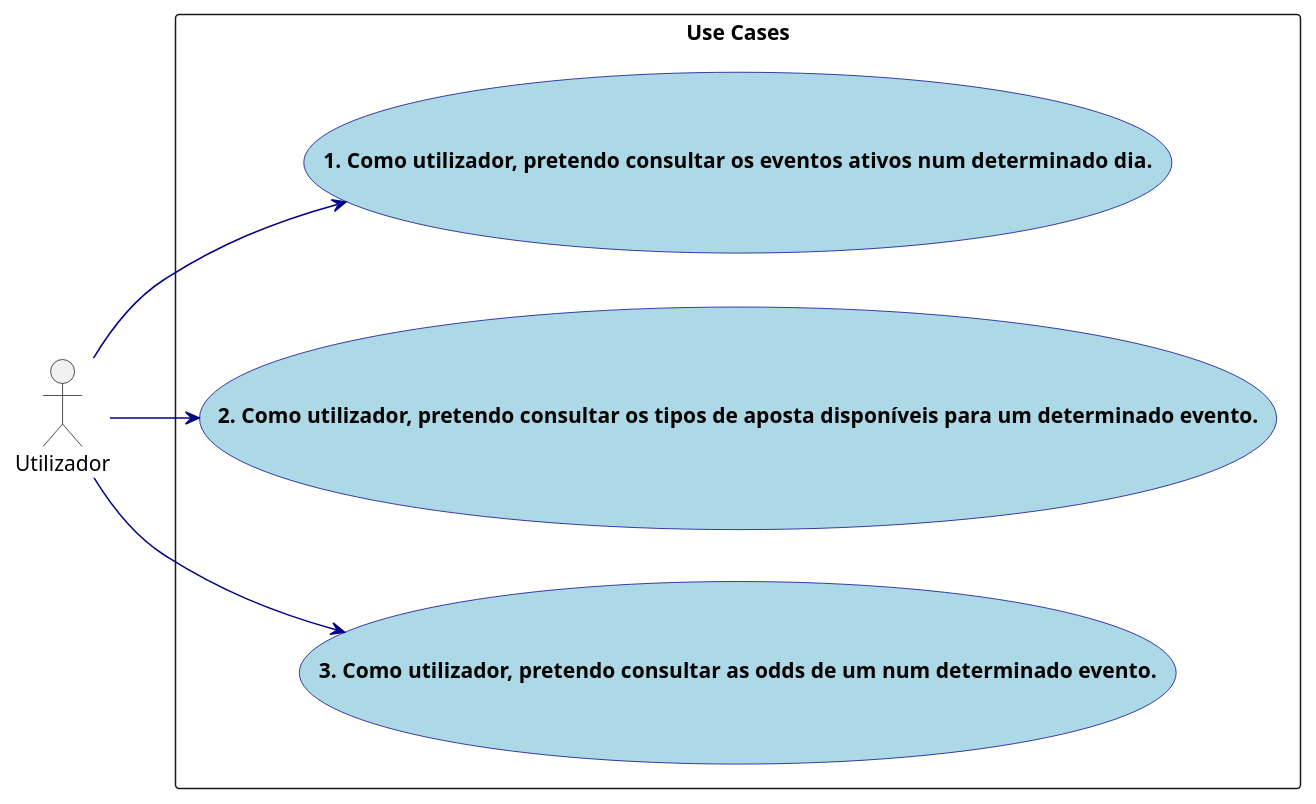
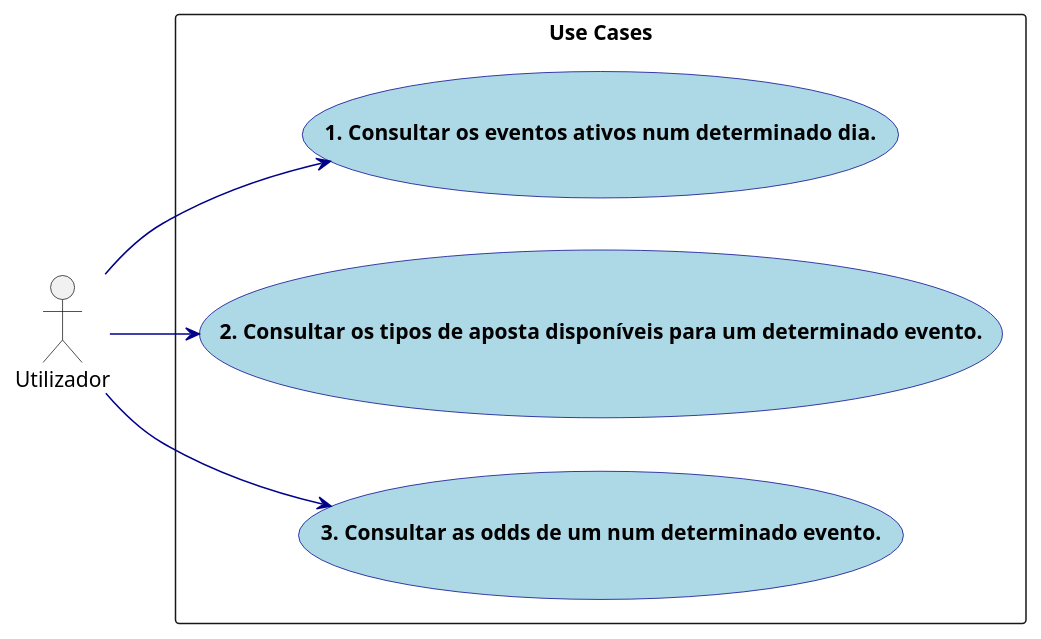
One commit to tomasflopes/pesti changed the diagram in media/_diagrams/plantuml/ucd.puml. Above: the diagram before and after it, drawn with PlantUML. The commit also changed 1 other file, not shown here.

```diff
--- a/media/_diagrams/plantuml/ucd.puml
+++ b/media/_diagrams/plantuml/ucd.puml
@@ -1,24 +1,26 @@
 @startuml ucd
+
+left to right direction
 
 skinparam usecase {
     BackgroundColor LightBlue
     BorderColor DarkBlue
     ArrowColor DarkBlue
     FontStyle Bold
 }
 
 :Utilizador: as AE
 
 left to right direction
 
 rectangle "Use Cases" as uc {
-  usecase "1. Como utilizador, pretendo consultar os eventos ativos num determinado dia." as UC1
-  usecase "2. Como utilizador, pretendo consultar os tipos de aposta disponíveis para um determinado evento." as UC2
-  usecase "3. Como utilizador, pretendo consultar as odds de um num determinado evento." as UC3
+  usecase "1. Consultar os eventos ativos num determinado dia." as UC1
+  usecase "2. Consultar os tipos de aposta disponíveis para um determinado evento." as UC2
+  usecase "3. Consultar as odds de um num determinado evento." as UC3
 }
 
 AE --> UC1
 AE --> UC2
 AE --> UC3 
 
 @enduml
```
